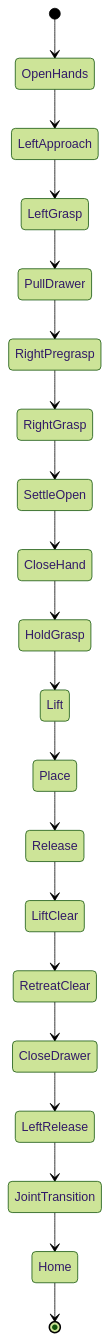
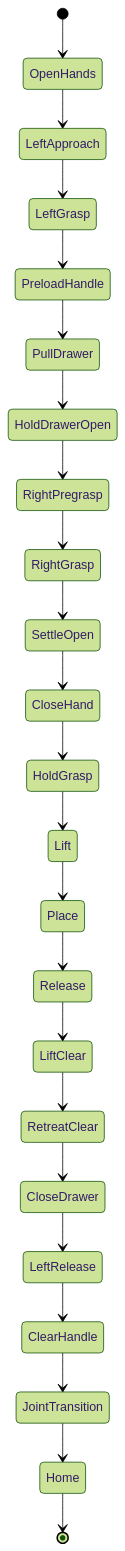
Before and after one commit to zhangfuyong888/qirobot_smolVLA: the first of 12 diagrams in s4_smolvla_isaaclab/docs/course/02_PROJECT_IMPLEMENTATION.md, drawn with Mermaid (forest theme). The commit also changed other lines of this file and 61 other files, not shown here.

````diff
--- a/s4_smolvla_isaaclab/docs/course/02_PROJECT_IMPLEMENTATION.md
+++ b/s4_smolvla_isaaclab/docs/course/02_PROJECT_IMPLEMENTATION.md
@@ -56,22 +59,25 @@
 ```mermaid
 stateDiagram-v2
     [*] --> OpenHands
     OpenHands --> LeftApproach
     LeftApproach --> LeftGrasp
-    LeftGrasp --> PullDrawer
-    PullDrawer --> RightPregrasp
+    LeftGrasp --> PreloadHandle
+    PreloadHandle --> PullDrawer
+    PullDrawer --> HoldDrawerOpen
+    HoldDrawerOpen --> RightPregrasp
     RightPregrasp --> RightGrasp
     RightGrasp --> SettleOpen
     SettleOpen --> CloseHand
     CloseHand --> HoldGrasp
     HoldGrasp --> Lift
     Lift --> Place
     Place --> Release
     Release --> LiftClear
     LiftClear --> RetreatClear
     RetreatClear --> CloseDrawer
     CloseDrawer --> LeftRelease
-    LeftRelease --> JointTransition
+    LeftRelease --> ClearHandle
+    ClearHandle --> JointTransition
     JointTransition --> Home
     Home --> [*]
 ```
````
